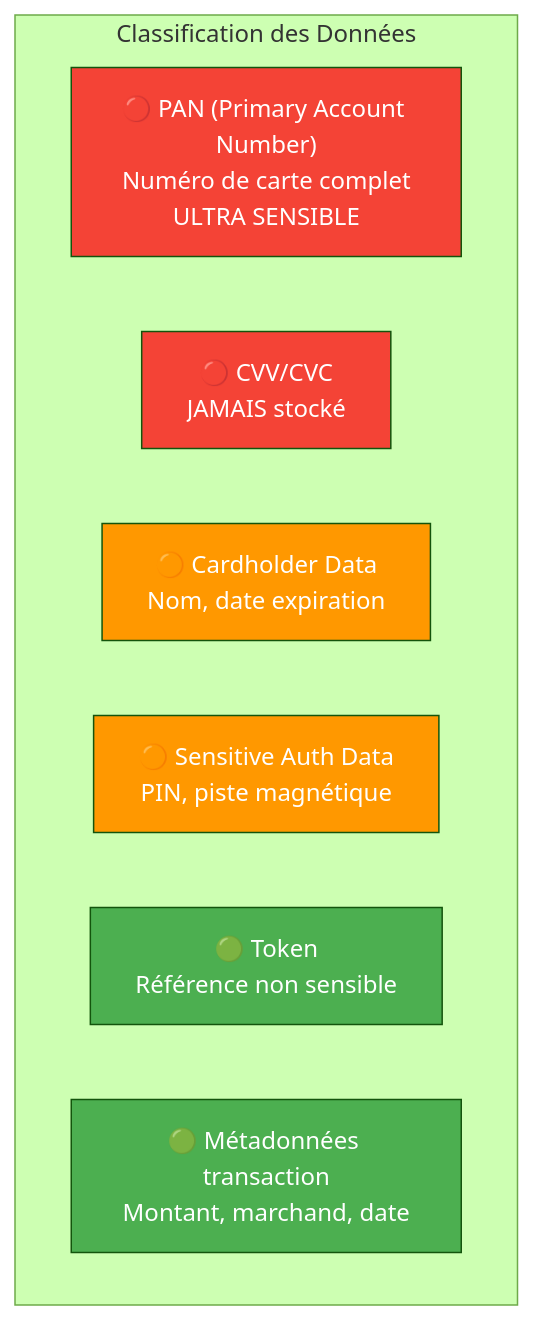
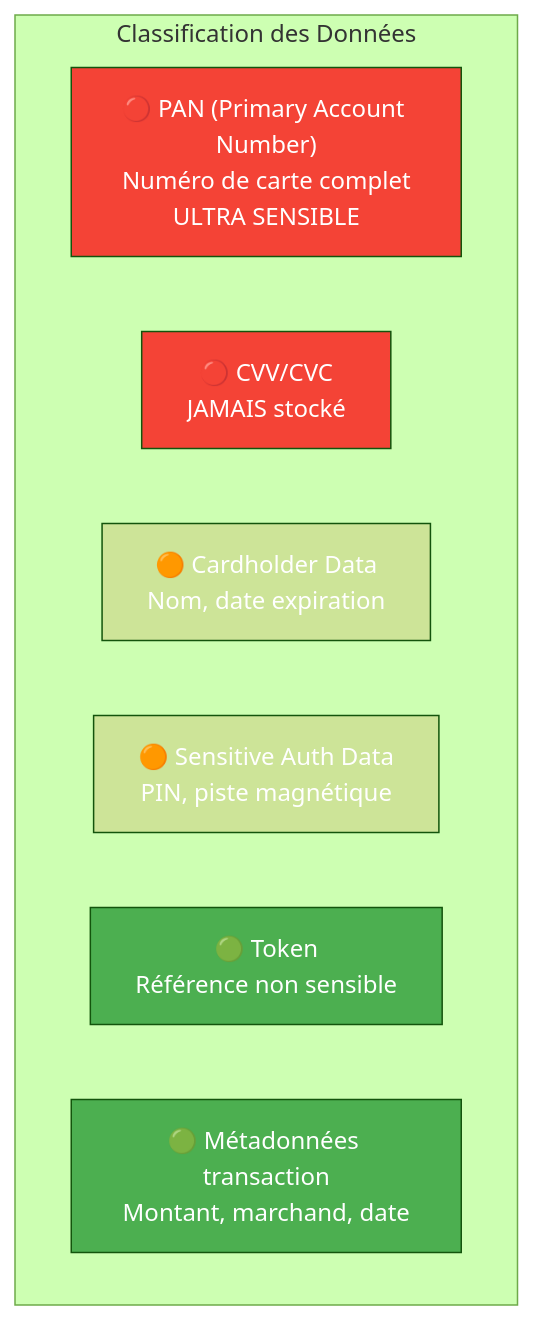
One commit to VBlackJack/ShellBook changed the second of 11 diagrams in docs/formations/cloud-fundamentals/07-module.md. Above: the diagram before and after it, drawn with Mermaid (forest theme). The commit also changed other lines of this file and 337 other files, not shown here.

First line of the commit message:
refactor(docs): Standardize code blocks and Mermaid colors

````diff
--- a/docs/formations/cloud-fundamentals/07-module.md
+++ b/docs/formations/cloud-fundamentals/07-module.md
@@ -69,18 +69,18 @@
 ```mermaid
 graph TB
     subgraph "Classification des Données"
         PAN["🔴 PAN (Primary Account Number)<br/>Numéro de carte complet<br/>ULTRA SENSIBLE"]
         CVV["🔴 CVV/CVC<br/>JAMAIS stocké"]
         CHD["🟠 Cardholder Data<br/>Nom, date expiration"]
         SAD["🟠 Sensitive Auth Data<br/>PIN, piste magnétique"]
         TOKEN["🟢 Token<br/>Référence non sensible"]
         META["🟢 Métadonnées transaction<br/>Montant, marchand, date"]
     end
 
     style PAN fill:#f44336,color:#fff
     style CVV fill:#f44336,color:#fff
-    style CHD fill:#ff9800,color:#fff
-    style SAD fill:#ff9800,color:#fff
+    style CHD fill:#FF9800800800,color:#fff
+    style SAD fill:#FF9800800800,color:#fff
     style TOKEN fill:#4caf50,color:#fff
     style META fill:#4caf50,color:#fff
 ```
````
